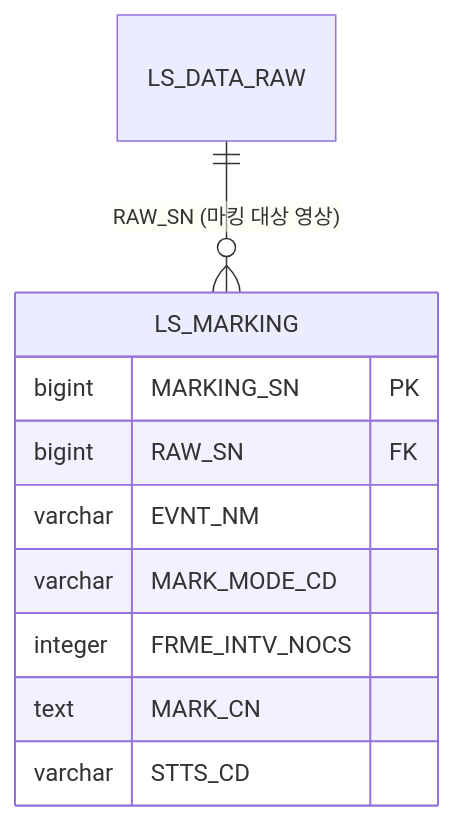
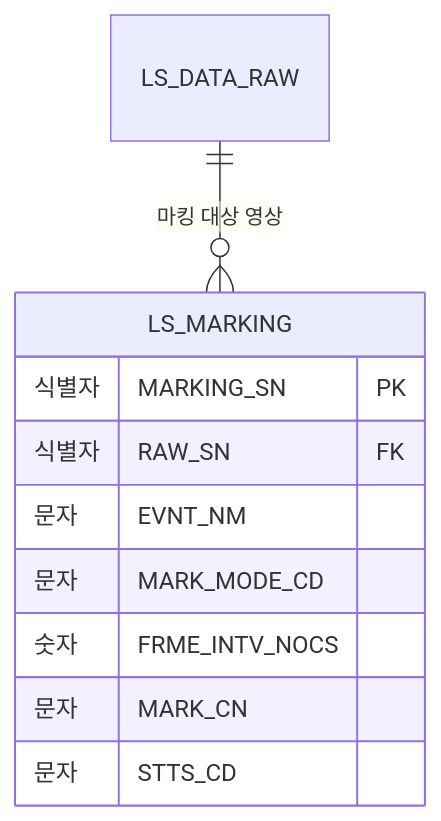
One commit to New-stella/klid-label changed the third of 13 diagrams in docs/design/D8-엔티티관계모형설계서.md. Above: the diagram before and after it, drawn with Mermaid. The commit also changed other lines of this file and 32 other files, not shown here.

````diff
--- a/docs/design/D8-엔티티관계모형설계서.md
+++ b/docs/design/D8-엔티티관계모형설계서.md
@@ -149,13 +153,13 @@
 ```mermaid
 erDiagram
-    LS_DATA_RAW ||--o{ LS_MARKING : "RAW_SN (마킹 대상 영상)"
+    LS_DATA_RAW ||--o{ LS_MARKING : "마킹 대상 영상"
     LS_MARKING {
-        bigint MARKING_SN PK
-        bigint RAW_SN FK
-        varchar EVNT_NM
-        varchar MARK_MODE_CD
-        integer FRME_INTV_NOCS
-        text MARK_CN
-        varchar STTS_CD
+        식별자 MARKING_SN PK
+        식별자 RAW_SN FK
+        문자 EVNT_NM
+        문자 MARK_MODE_CD
+        숫자 FRME_INTV_NOCS
+        문자 MARK_CN
+        문자 STTS_CD
     }
 ```
````
